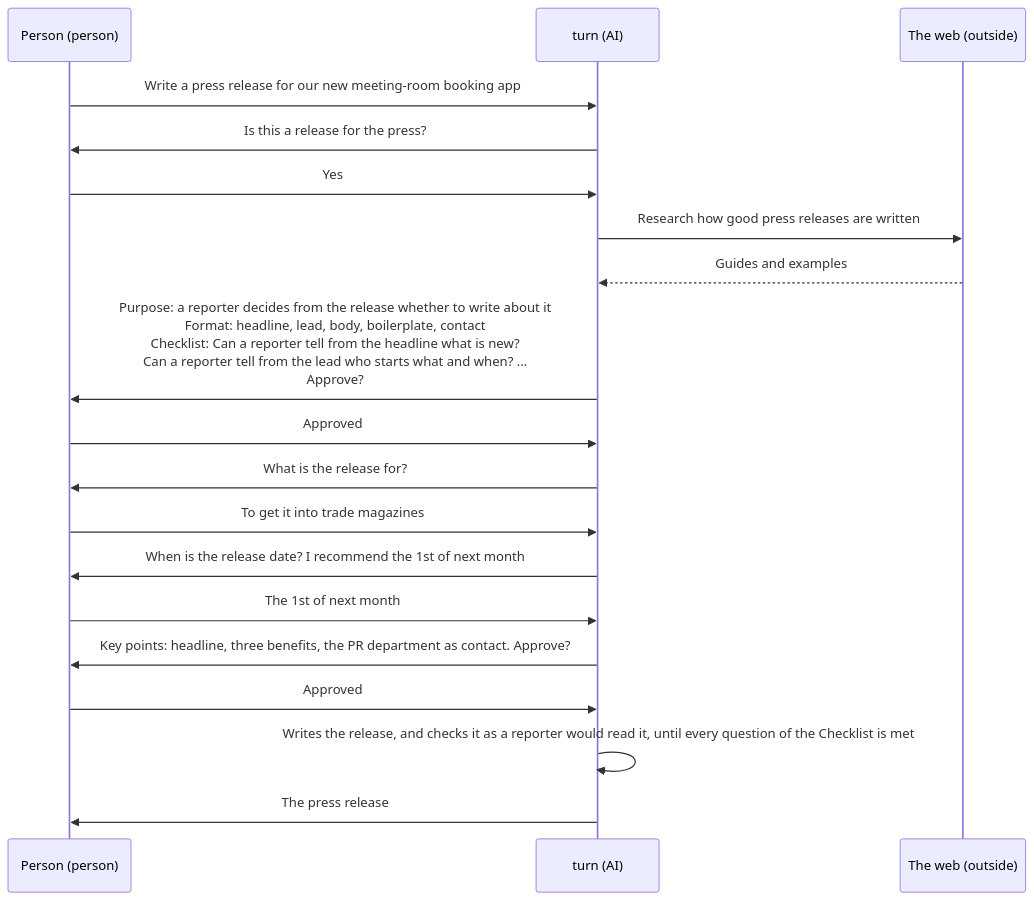
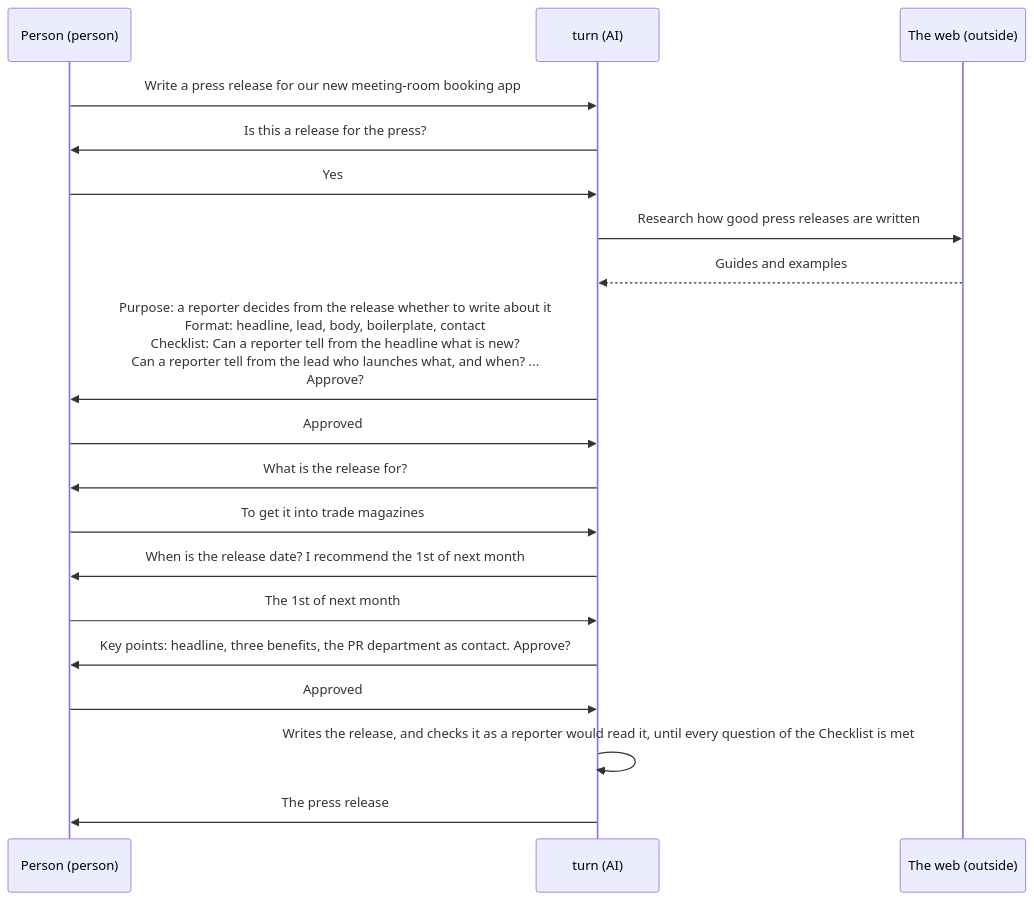
The diagram in dev/turn/ux.md (lovaizu/ccpm), drawn with Mermaid before and after one commit. The commit also changed 4 other files, not shown here.

````diff
--- a/dev/turn/ux.md
+++ b/dev/turn/ux.md
@@ -22,21 +22,21 @@
 ```mermaid
 sequenceDiagram
   participant User as Person (person)
   participant turn as turn (AI)
   participant Web as The web (outside)
   User->>turn: Write a press release for our new meeting-room booking app
   turn->>User: Is this a release for the press?
   User->>turn: Yes
   turn->>Web: Research how good press releases are written
   Web-->>turn: Guides and examples
-  turn->>User: Purpose: a reporter decides from the release whether to write about it<br/>Format: headline, lead, body, boilerplate, contact<br/>Checklist: Can a reporter tell from the headline what is new?<br/>Can a reporter tell from the lead who starts what and when? ...<br/>Approve?
+  turn->>User: Purpose: a reporter decides from the release whether to write about it<br/>Format: headline, lead, body, boilerplate, contact<br/>Checklist: Can a reporter tell from the headline what is new?<br/>Can a reporter tell from the lead who launches what, and when? ...<br/>Approve?
   User->>turn: Approved
   turn->>User: What is the release for?
   User->>turn: To get it into trade magazines
   turn->>User: When is the release date? I recommend the 1st of next month
   User->>turn: The 1st of next month
   turn->>User: Key points: headline, three benefits, the PR department as contact. Approve?
   User->>turn: Approved
   turn->>turn: Writes the release, and checks it as a reporter would read it, until every question of the Checklist is met
   turn->>User: The press release
 ```
````
